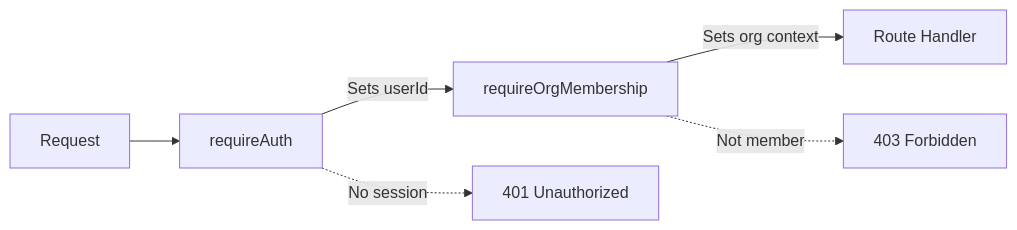
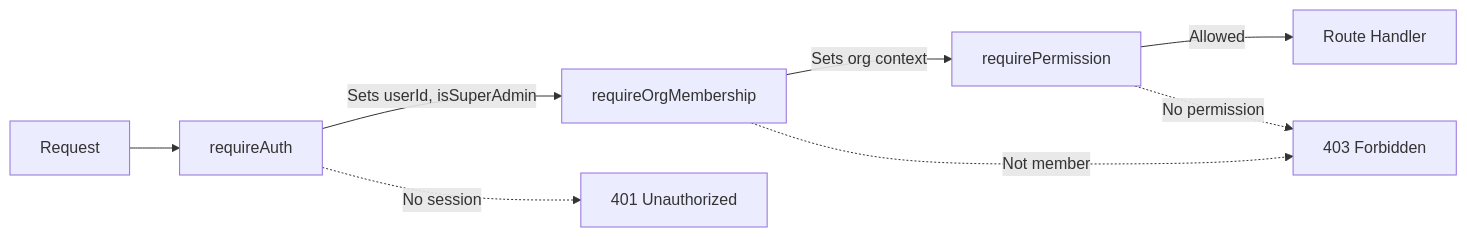
Before and after one commit to chen7david/entix-app: the second of 2 diagrams in docs/middleware.md, drawn with Mermaid. The commit also changed other lines of this file and 12 other files, not shown here.

Commit message:
chore: setup permission based authz and global admin

````diff
--- a/docs/middleware.md
+++ b/docs/middleware.md
@@ -345,8 +273,10 @@
 ```mermaid
 graph LR
     Request[Request] --> RequireAuth[requireAuth]
-    RequireAuth -->|Sets userId| RequireOrgMembership[requireOrgMembership]
-    RequireOrgMembership -->|Sets org context| Handler[Route Handler]
+    RequireAuth -->|Sets userId, isSuperAdmin| RequireOrgMembership[requireOrgMembership]
+    RequireOrgMembership -->|Sets org context| RequirePermission[requirePermission]
+    RequirePermission -->|Allowed| Handler[Route Handler]
     RequireAuth -.No session.-> Unauthorized[401 Unauthorized]
     RequireOrgMembership -.Not member.-> Forbidden[403 Forbidden]
+    RequirePermission -.No permission.-> Forbidden
 ```
````
